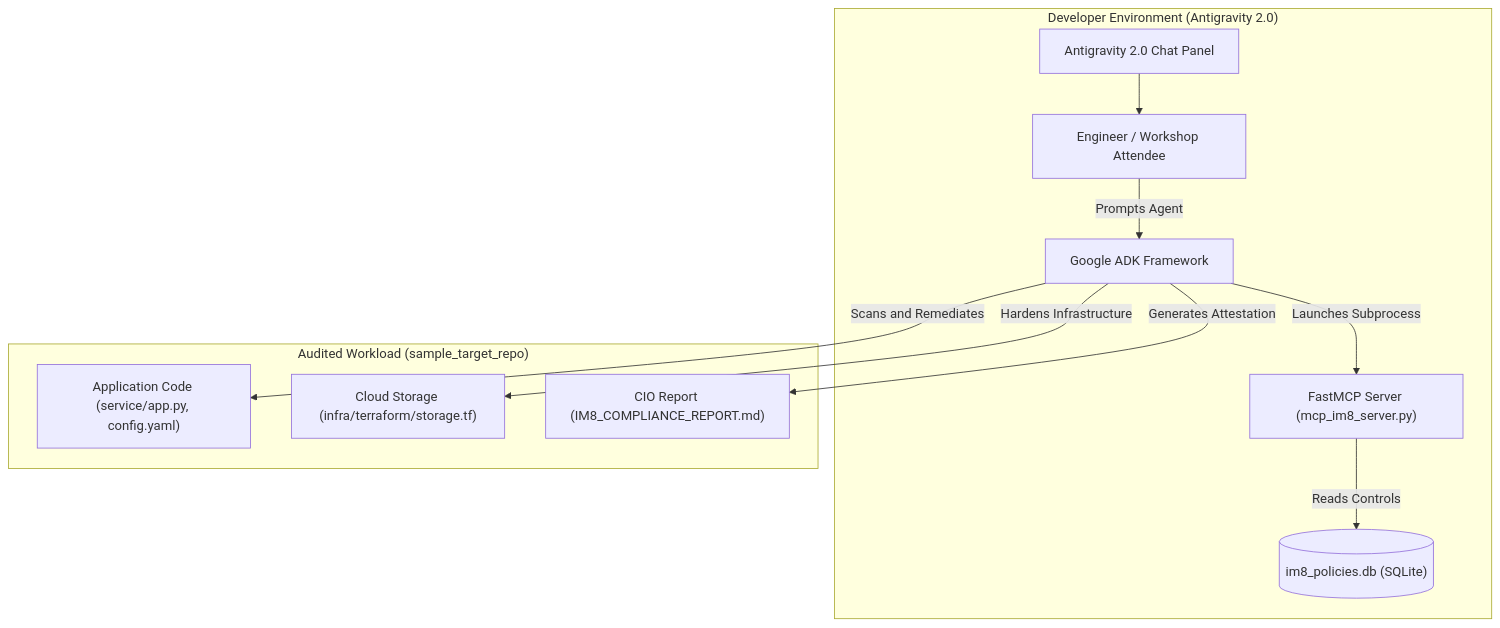
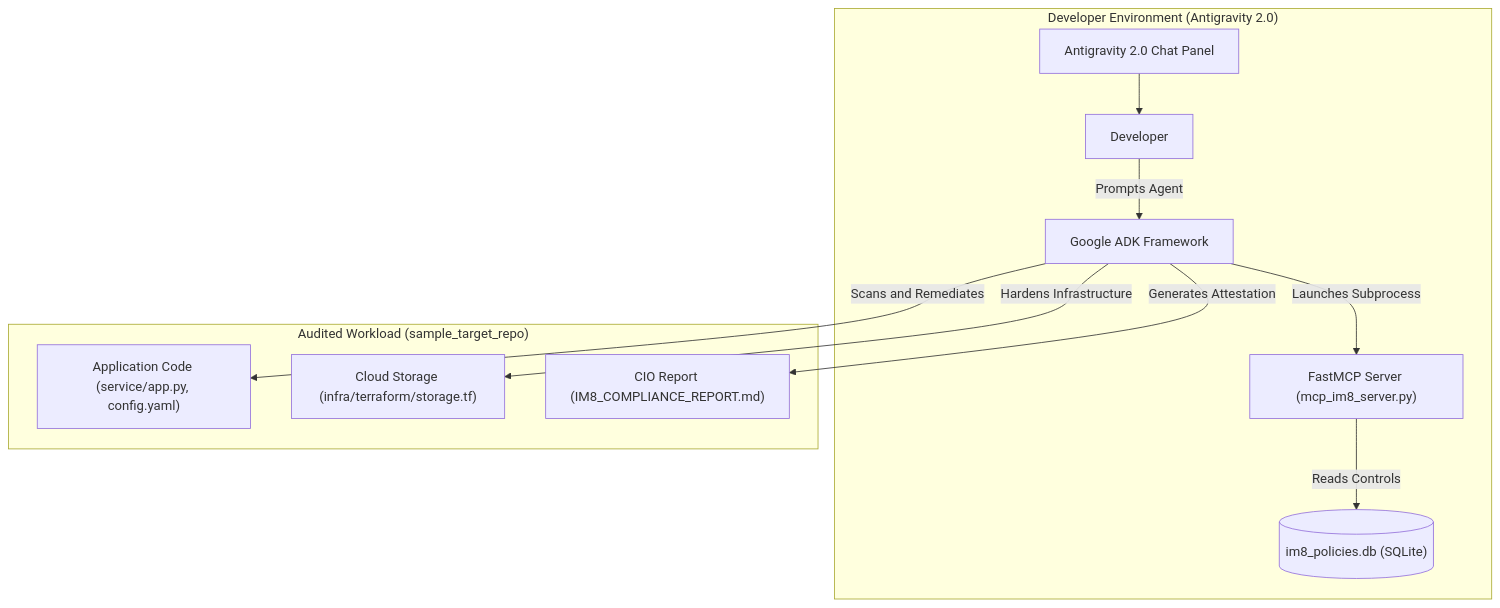
Before and after one commit to tohweizhong/agentic-demos: the first of 2 diagrams in codelabs/adk-im8-compliance-agent-mcp/README.md, drawn with Mermaid. The commit also changed other lines of this file and 1 other file, not shown here.

Commit message:
docs(codelabs): make adk-im8-compliance-agent-mcp standalone without workshop or sibling references

````diff
--- a/codelabs/adk-im8-compliance-agent-mcp/README.md
+++ b/codelabs/adk-im8-compliance-agent-mcp/README.md
@@ -38,15 +38,15 @@
 ```mermaid
 graph TD
     subgraph LocalIDE ["Developer Environment (Antigravity 2.0)"]
-        IDE["Antigravity 2.0 Chat Panel"] --> Developer["Engineer / Workshop Attendee"]
+        IDE["Antigravity 2.0 Chat Panel"] --> Developer["Developer"]
         Developer --> |Prompts Agent| ADK["Google ADK Framework"]
         ADK --> |Launches Subprocess| FastMCP["FastMCP Server (mcp_im8_server.py)"]
         FastMCP --> |Reads Controls| SQLite[("im8_policies.db (SQLite)")]
     end
 
     subgraph TargetWorkload ["Audited Workload (sample_target_repo)"]
         ADK --> |Scans and Remediates| AppCode["Application Code (service/app.py, config.yaml)"]
         ADK --> |Hardens Infrastructure| InfraCode["Cloud Storage (infra/terraform/storage.tf)"]
         ADK --> |Generates Attestation| Report["CIO Report (IM8_COMPLIANCE_REPORT.md)"]
     end
 ```
````
